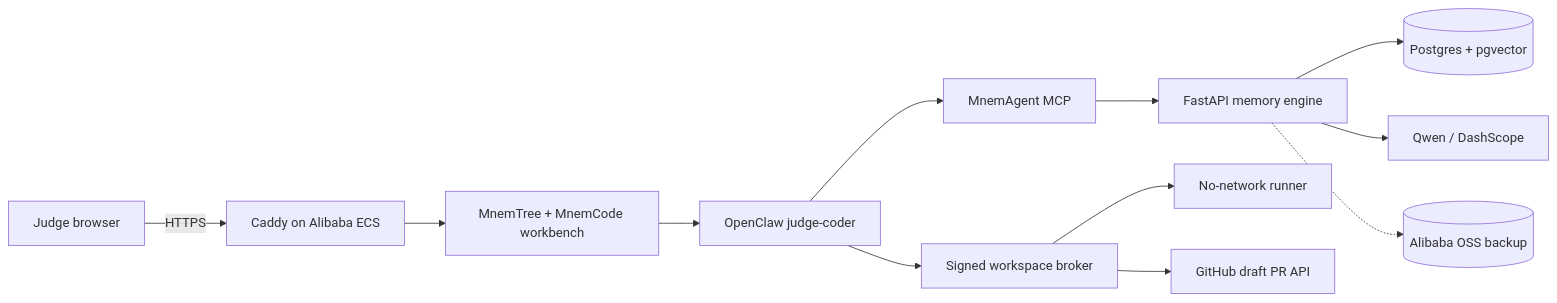
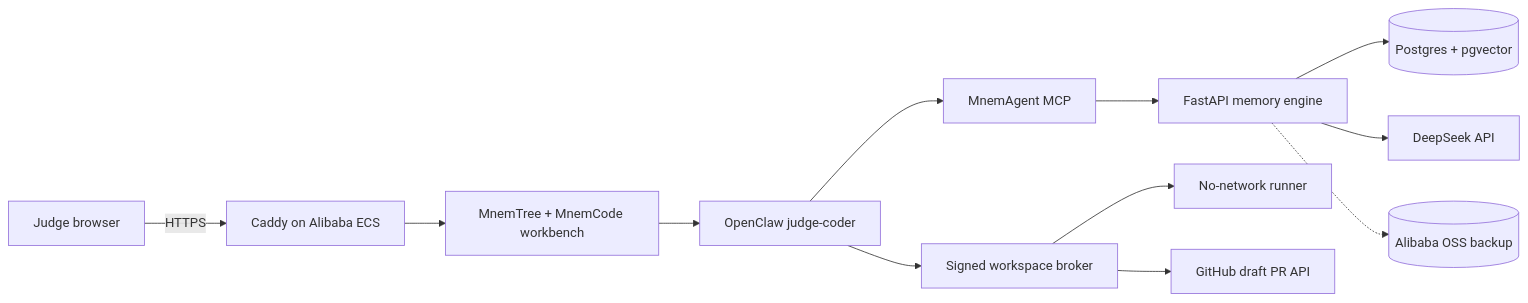
One commit to crankysmh47/MnemAgent changed the diagram in README.md. Above: the diagram before and after it, drawn with Mermaid. The commit also changed other lines of this file and 57 other files, not shown here.

````diff
--- a/README.md
+++ b/README.md
@@ -25,14 +25,14 @@
 ```mermaid
 flowchart LR
   J["Judge browser"] -->|"HTTPS"| C["Caddy on Alibaba ECS"]
   C --> H["MnemTree + MnemCode workbench"]
   H --> A["OpenClaw judge-coder"]
   A --> M["MnemAgent MCP"]
   A --> B["Signed workspace broker"]
   M --> API["FastAPI memory engine"]
   API --> P[("Postgres + pgvector")]
-  API --> Q["Qwen / DashScope"]
+  API --> D["DeepSeek API"]
   B --> R["No-network runner"]
   B --> G["GitHub draft PR API"]
   API -.-> O[("Alibaba OSS backup")]
 ```
````
